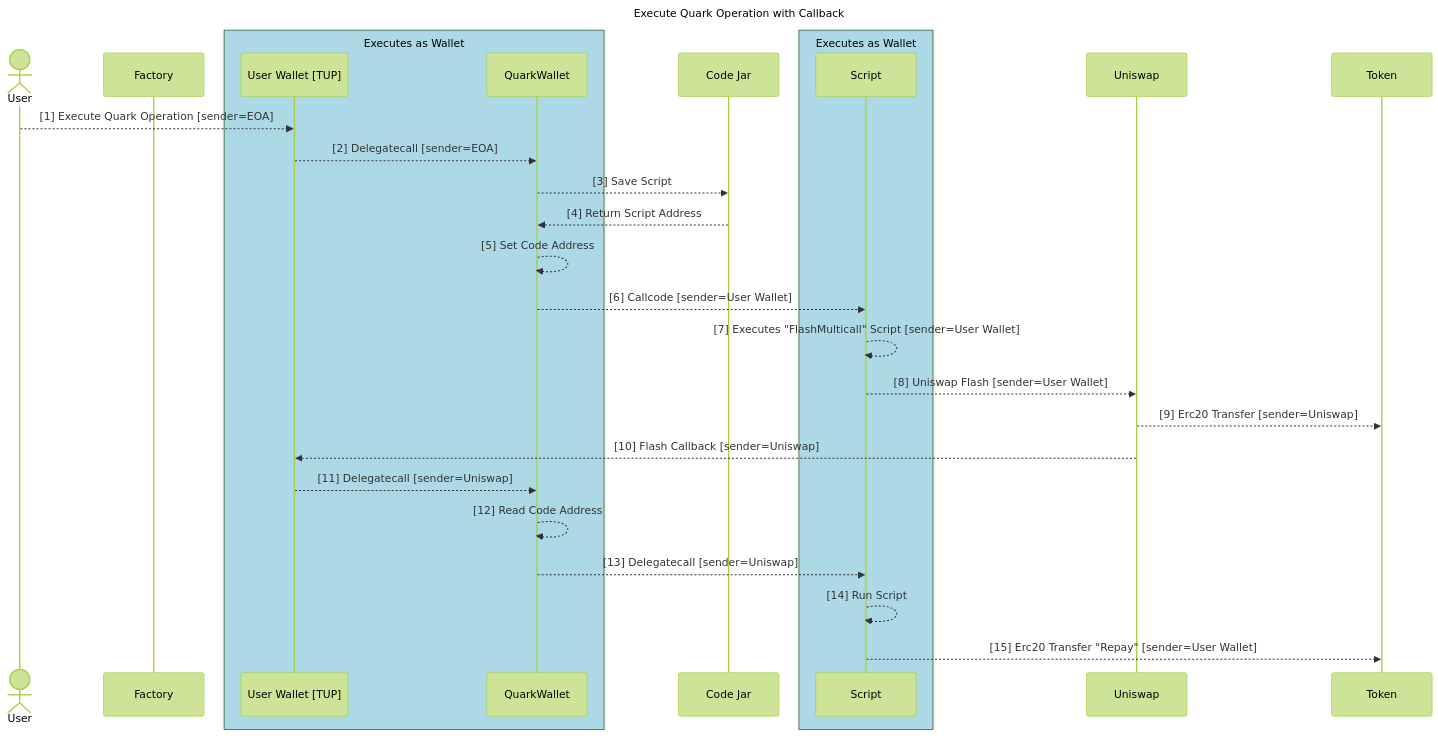
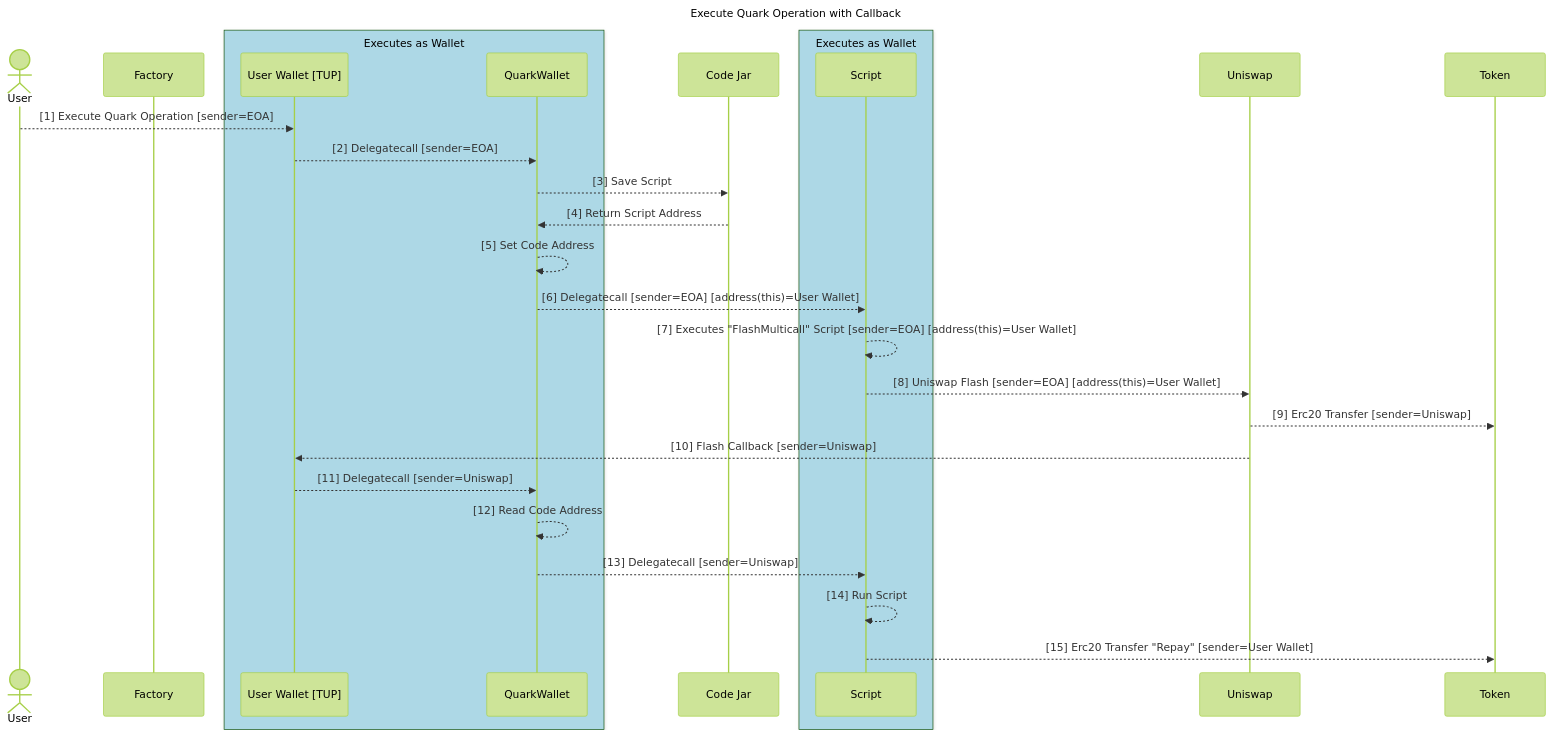
Before and after one commit to compound-finance/quark: the fifth of 5 diagrams in diagrams/diagrams.md, drawn with Mermaid. The commit also changed other lines of this file and 11 other files, not shown here.

First line of the commit message:
Switch from `callcode` to `delegatecall` (#222)

````diff
--- a/diagrams/diagrams.md
+++ b/diagrams/diagrams.md
@@ -107,33 +107,33 @@
 ```mermaid
 sequenceDiagram title: Execute Quark Operation with Callback
     %%{init: {'theme': 'forest' } }%%
     actor User
     participant F as Factory
 
     box lightblue Executes as Wallet
     participant UW as User Wallet [TUP]
     participant QW as QuarkWallet
     end
     participant CJ as Code Jar
     box lightblue Executes as Wallet
     participant S as Script
     end
     participant U as Uniswap
     participant T as Token
 
     User -->> UW: [1] Execute Quark Operation [sender=EOA]
     UW -->> QW: [2] Delegatecall [sender=EOA]
     QW -->> CJ: [3] Save Script
     CJ -->> QW: [4] Return Script Address
     QW -->> QW: [5] Set Code Address
-    QW -->> S: [6] Callcode [sender=User Wallet]
-    S -->> S: [7] Executes "FlashMulticall" Script [sender=User Wallet]
-    S -->> U: [8] Uniswap Flash [sender=User Wallet]
+    QW -->> S: [6] Delegatecall [sender=EOA] [address(this)=User Wallet]
+    S -->> S: [7] Executes "FlashMulticall" Script [sender=EOA] [address(this)=User Wallet]
+    S -->> U: [8] Uniswap Flash [sender=EOA] [address(this)=User Wallet]
     U -->> T: [9] Erc20 Transfer [sender=Uniswap]
     U -->> UW: [10] Flash Callback [sender=Uniswap]
     UW -->> QW: [11] Delegatecall [sender=Uniswap]
     QW -->> QW: [12] Read Code Address
     QW -->> S: [13] Delegatecall [sender=Uniswap]
     S -->> S: [14] Run Script
     S -->> T: [15] Erc20 Transfer "Repay" [sender=User Wallet]
 ```
````
